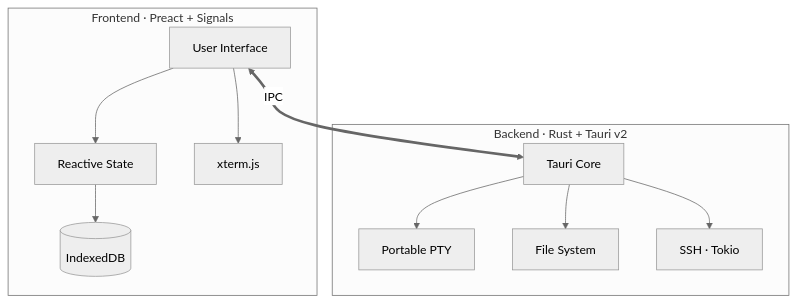
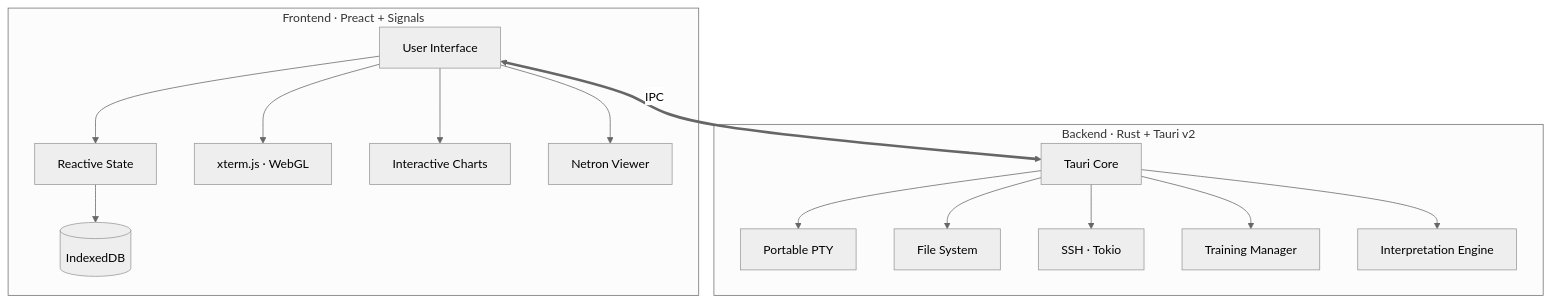
One commit to theja-vanka/NightFlow changed the diagram in README.md. Above: the diagram before and after it, drawn with Mermaid (neutral theme). The commit also changed other lines of this file and 22 other files, not shown here.

````diff
--- a/README.md
+++ b/README.md
@@ -101,16 +147,20 @@
 ```mermaid
 graph TD
     subgraph Frontend["Frontend · Preact + Signals"]
         UI["User Interface"] --> State["Reactive State"]
         State --> DB[("IndexedDB")]
-        UI --> Terminal["xterm.js"]
+        UI --> Terminal["xterm.js · WebGL"]
+        UI --> Charts["Interactive Charts"]
+        UI --> Netron["Netron Viewer"]
     end
 
     subgraph Backend["Backend · Rust + Tauri v2"]
         Tauri["Tauri Core"] --> PTY["Portable PTY"]
         Tauri --> FS["File System"]
         Tauri --> SSH["SSH · Tokio"]
+        Tauri --> Training["Training Manager"]
+        Tauri --> Interpret["Interpretation Engine"]
     end
 
     UI <== "IPC" ==> Tauri
 ```
````
